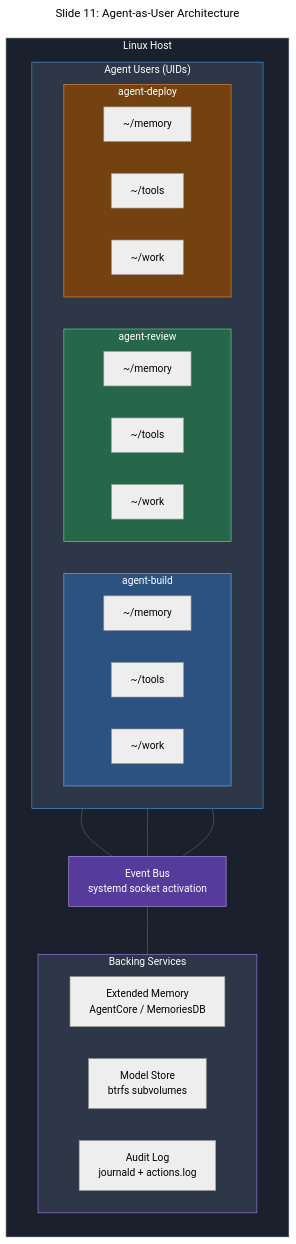
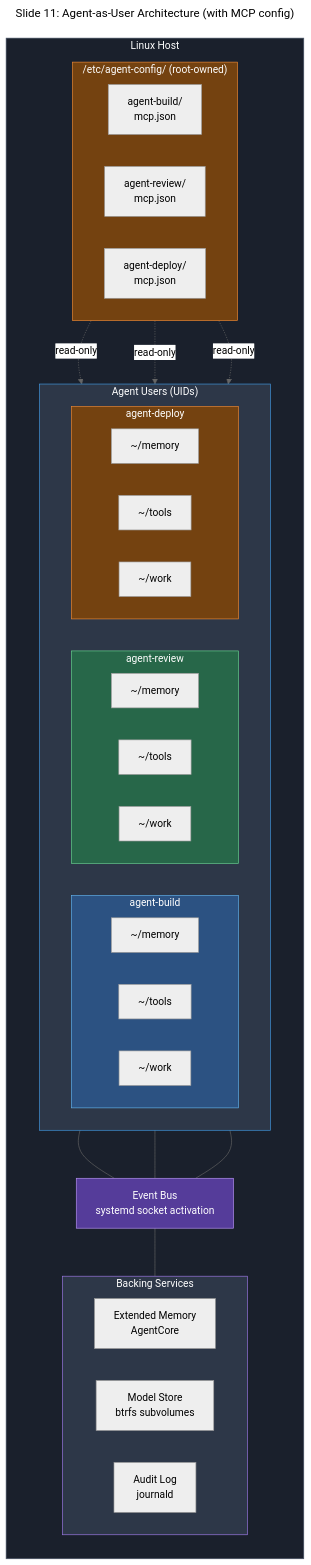
One commit to davdunc/btrfs-replication-test changed the diagram in diagrams/11-agent-architecture.mmd. Above: the diagram before and after it, drawn with Mermaid (neutral theme). The commit also changed 4 other files, not shown here.

First line of the commit message:
Add privilege separation (OpenSSH model) and /etc/agent-config MCP

```diff
--- a/diagrams/11-agent-architecture.mmd
+++ b/diagrams/11-agent-architecture.mmd
@@ -1,49 +1,61 @@
 ---
-title: "Slide 11: Agent-as-User Architecture"
+title: "Slide 11: Agent-as-User Architecture (with MCP config)"
 ---
 flowchart TB
     subgraph Host["Linux Host"]
         direction TB
+
+        subgraph SysConfig["/etc/agent-config/ (root-owned)"]
+            direction LR
+            C1["agent-build/<br/>mcp.json"]
+            C2["agent-review/<br/>mcp.json"]
+            C3["agent-deploy/<br/>mcp.json"]
+        end
 
         subgraph Agents["Agent Users (UIDs)"]
             direction LR
             subgraph A1["agent-build"]
                 A1M["~/memory"]
                 A1T["~/tools"]
                 A1W["~/work"]
             end
             subgraph A2["agent-review"]
                 A2M["~/memory"]
                 A2T["~/tools"]
                 A2W["~/work"]
             end
             subgraph A3["agent-deploy"]
                 A3M["~/memory"]
                 A3T["~/tools"]
                 A3W["~/work"]
             end
         end
 
+        C1 -.->|"read-only"| A1
+        C2 -.->|"read-only"| A2
+        C3 -.->|"read-only"| A3
+
         EB["Event Bus<br/>systemd socket activation"]
 
         A1 --- EB
         A2 --- EB
         A3 --- EB
 
         subgraph Services["Backing Services"]
             direction LR
-            MEM["Extended Memory<br/>AgentCore / MemoriesDB"]
+            MEM["Extended Memory<br/>AgentCore"]
             MOD["Model Store<br/>btrfs subvolumes"]
-            AUD["Audit Log<br/>journald + actions.log"]
+            AUD["Audit Log<br/>journald"]
         end
 
         EB --- Services
     end
 
     style Host fill:#1a202c,stroke:#4a5568,color:#fff
+    style SysConfig fill:#744210,stroke:#ed8936,color:#fff
     style Agents fill:#2d3748,stroke:#4299e1,color:#fff
     style A1 fill:#2c5282,stroke:#63b3ed,color:#fff
     style A2 fill:#276749,stroke:#68d391,color:#fff
     style A3 fill:#744210,stroke:#ed8936,color:#fff
     style Services fill:#2d3748,stroke:#9f7aea,color:#fff
     style EB fill:#553c9a,stroke:#b794f4,color:#fff
```
